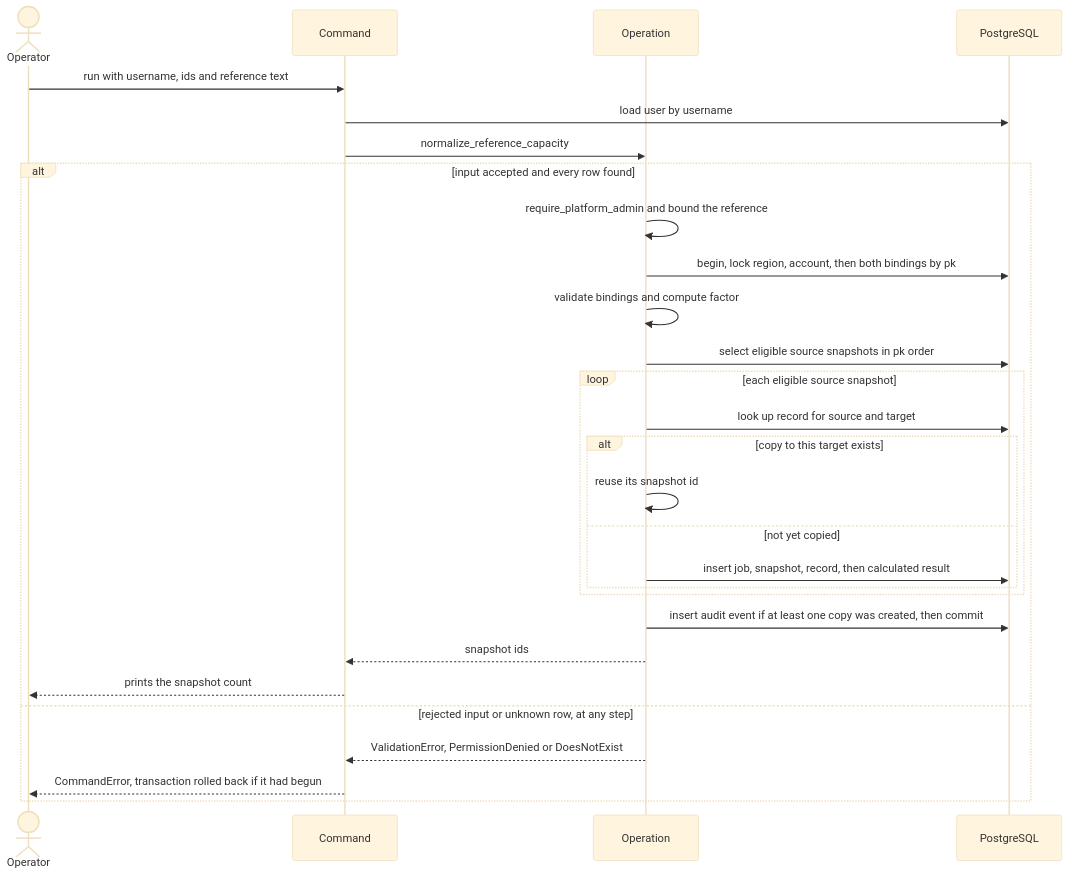
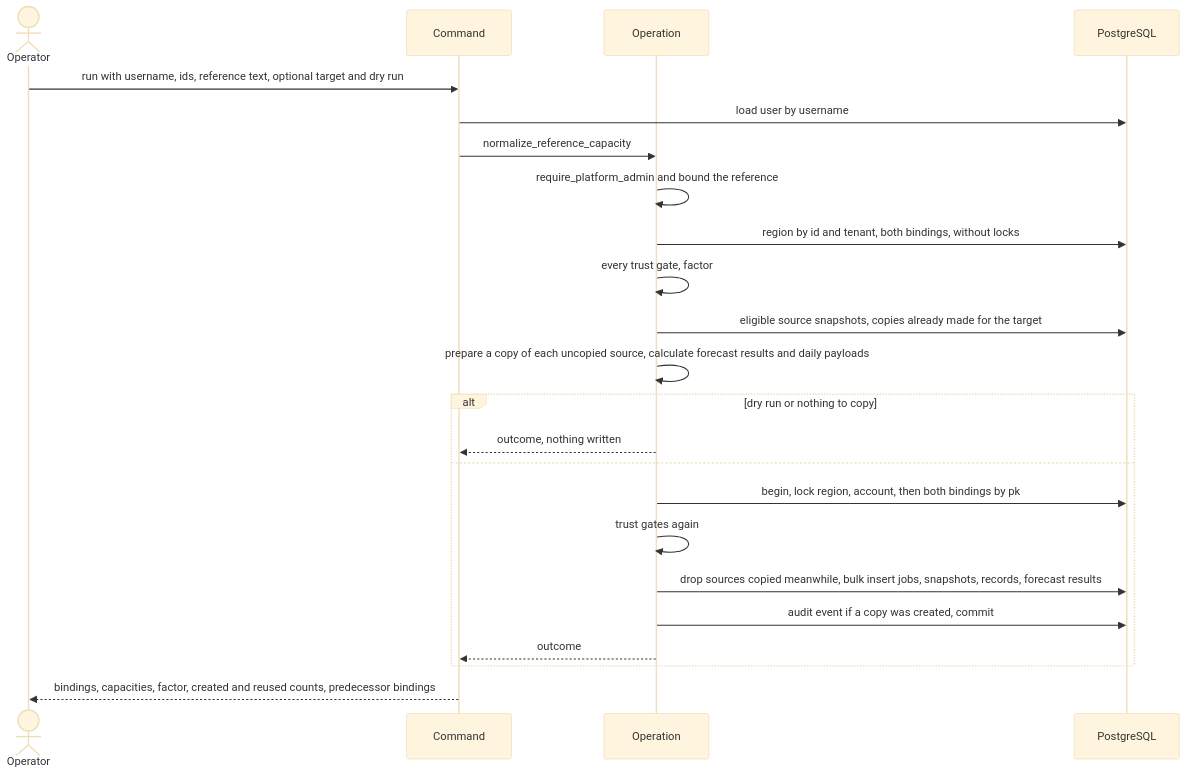
The diagram in docs/flows/reference-capacity-normalization.md (erkurtharun/pyracast), drawn with Mermaid (base theme) before and after one commit. The commit also changed other lines of this file and 52 other files, not shown here.

First line of the commit message:
Bring the flow pages in line with account erasure, typed plant values, on-demand loading, operations events and provider accounts

````diff
--- a/docs/flows/reference-capacity-normalization.md
+++ b/docs/flows/reference-capacity-normalization.md
@@ -12,30 +12,25 @@
 ```mermaid
 sequenceDiagram
     actor Op as Operator
     participant Cmd as Command
     participant Svc as Operation
     participant DB as PostgreSQL
-    Op->>Cmd: run with username, ids and reference text
+    Op->>Cmd: run with username, ids, reference text, optional target and dry run
     Cmd->>DB: load user by username
     Cmd->>Svc: normalize_reference_capacity
-    alt input accepted and every row found
-        Svc->>Svc: require_platform_admin and bound the reference
+    Svc->>Svc: require_platform_admin and bound the reference
+    Svc->>DB: region by id and tenant, both bindings, without locks
+    Svc->>Svc: every trust gate, factor
+    Svc->>DB: eligible source snapshots, copies already made for the target
+    Svc->>Svc: prepare a copy of each uncopied source, calculate forecast results and daily payloads
+    alt dry run or nothing to copy
+        Svc-->>Cmd: outcome, nothing written
+    else
         Svc->>DB: begin, lock region, account, then both bindings by pk
-        Svc->>Svc: validate bindings and compute factor
-        Svc->>DB: select eligible source snapshots in pk order
-        loop each eligible source snapshot
-            Svc->>DB: look up record for source and target
-            alt copy to this target exists
-                Svc->>Svc: reuse its snapshot id
-            else not yet copied
-                Svc->>DB: insert job, snapshot, record, then calculated result
-            end
-        end
-        Svc->>DB: insert audit event if at least one copy was created, then commit
-        Svc-->>Cmd: snapshot ids
-        Cmd-->>Op: prints the snapshot count
-    else rejected input or unknown row, at any step
-        Svc-->>Cmd: ValidationError, PermissionDenied or DoesNotExist
-        Cmd-->>Op: CommandError, transaction rolled back if it had begun
+        Svc->>Svc: trust gates again
+        Svc->>DB: drop sources copied meanwhile, bulk insert jobs, snapshots, records, forecast results
+        Svc->>DB: audit event if a copy was created, commit
+        Svc-->>Cmd: outcome
     end
+    Cmd-->>Op: bindings, capacities, factor, created and reused counts, predecessor bindings
 ```
````
